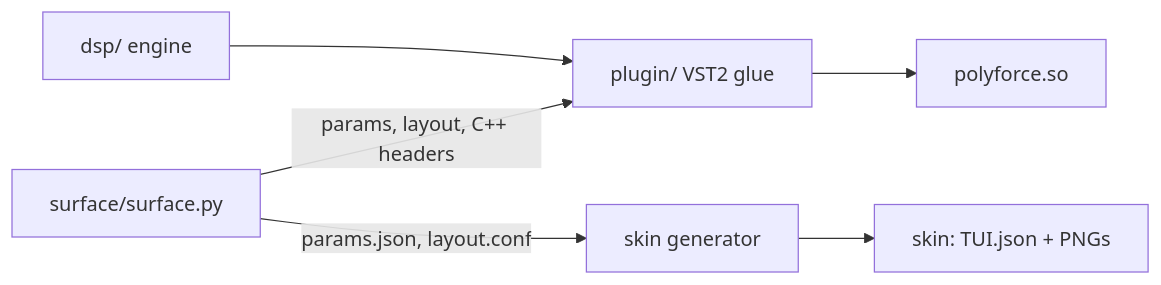
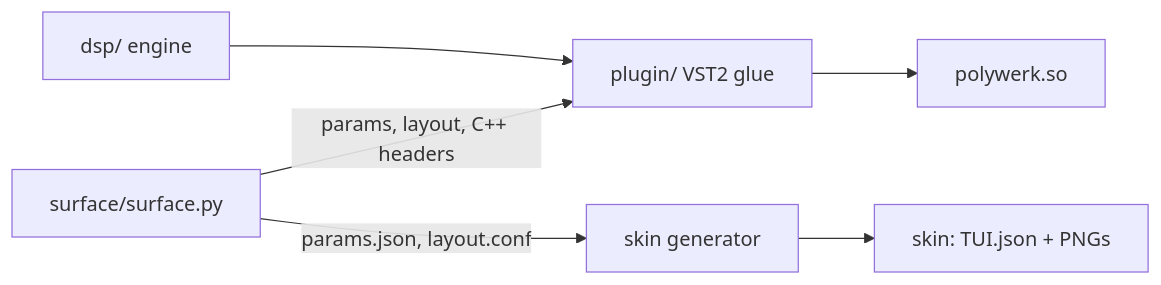
One commit to Devko/PolyForce changed the first of 2 diagrams in docs/ARCHITECTURE.md. Above: the diagram before and after it, drawn with Mermaid. The commit also changed other lines of this file and 239 other files, not shown here.

````diff
--- a/docs/ARCHITECTURE.md
+++ b/docs/ARCHITECTURE.md
@@ -18,7 +18,7 @@
 ```mermaid
 flowchart LR
   S[surface/surface.py] -->|params, layout, C++ headers| P[plugin/ VST2 glue]
   S -->|params.json, layout.conf| G[skin generator] --> K[skin: TUI.json + PNGs]
   D[dsp/ engine] --> P
-  P --> SO[polyforce.so]
+  P --> SO[polywerk.so]
 ```
````
